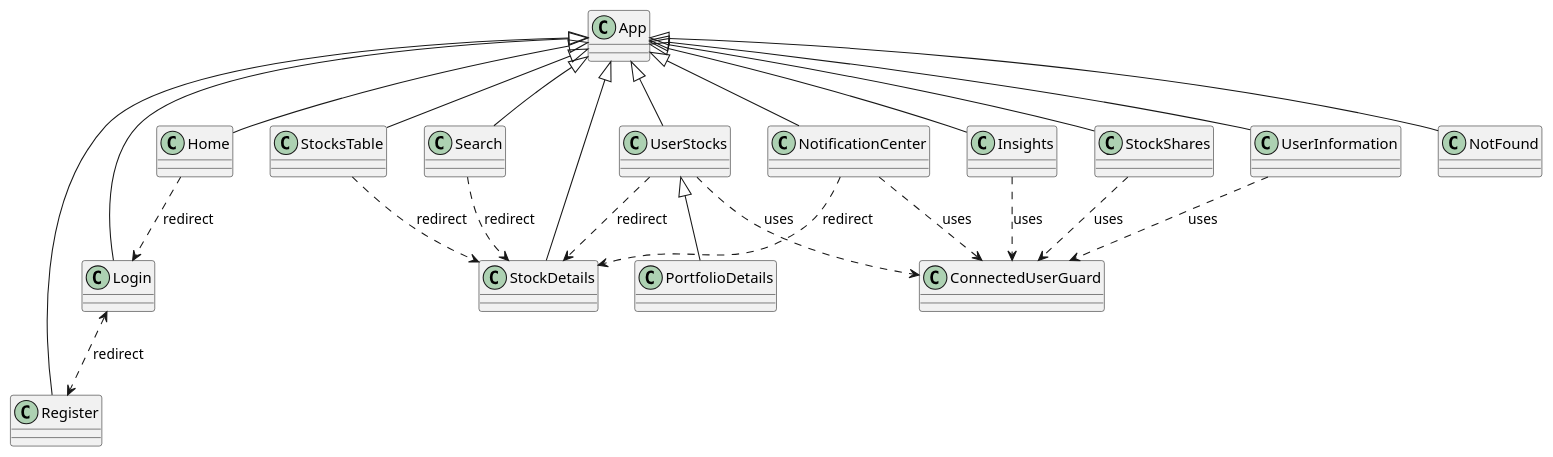
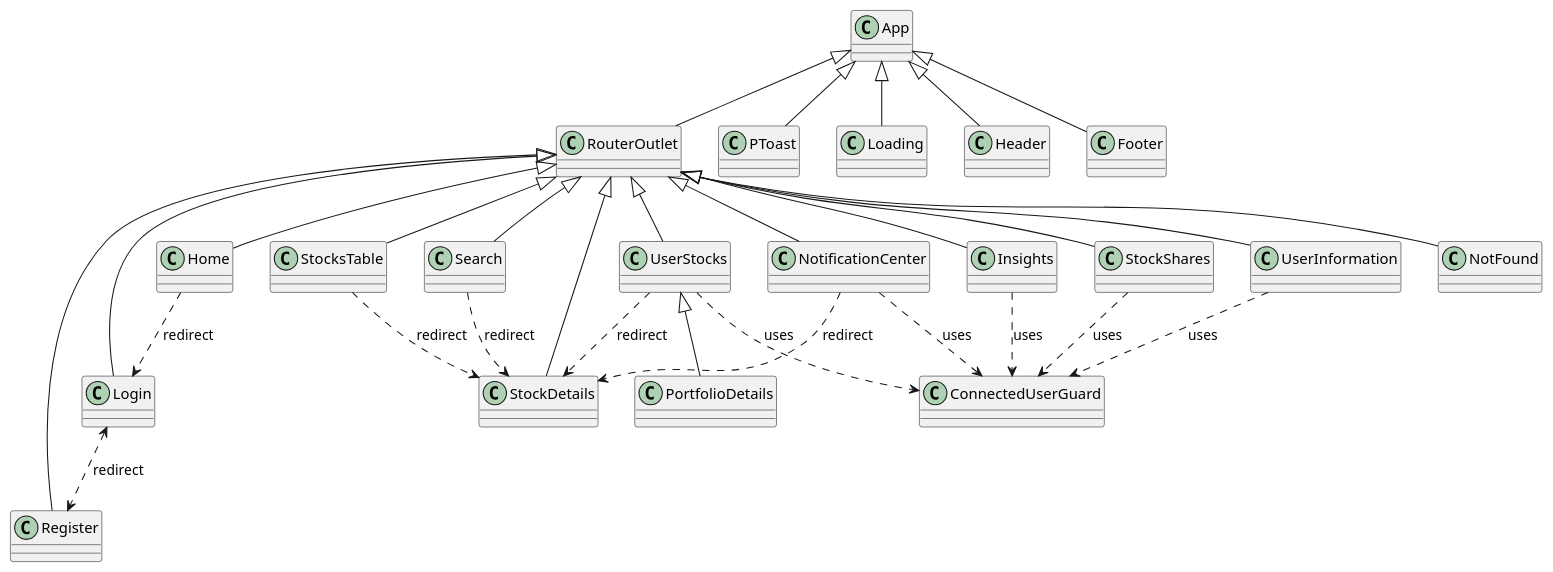
Before and after one commit to roei910/my-stocks: the diagram in oop course/draws/class diagrams/frontend-classes.puml, drawn with PlantUML. The commit also changed 4 other files, not shown here.

```diff
--- a/oop course/draws/class diagrams/frontend-classes.puml
+++ b/oop course/draws/class diagrams/frontend-classes.puml
@@ -1,46 +1,59 @@
 @startuml
 class App
+
+class RouterOutlet
+class PToast
+class Loading
+class Header
+class Footer
+
 class Home
 class Search
 class NotFound
 class Insights
 class Login
 class NotificationCenter
 class PortfolioDetails
 class Register
 class StockDetails
 class StockShares
 class StocksTable
 class UserInformation
 class UserStocks
 class ConnectedUserGuard
 
-App <|-- Home
-App <|-- Login
-App <|-- Register
-App <|-- Search
-App <|-- StockDetails
-App <|-- StocksTable
-App <|-- Insights
-App <|-- NotificationCenter
-App <|-- UserStocks
-App <|-- StockShares
-App <|-- UserInformation
-App <|-- NotFound
+App <|-- RouterOutlet
+App <|-- PToast
+App <|-- Loading
+App <|-- Header
+App <|-- Footer
+
+RouterOutlet <|-- Home
+RouterOutlet <|-- Login
+RouterOutlet <|-- Register
+RouterOutlet <|-- Search
+RouterOutlet <|-- StockDetails
+RouterOutlet <|-- StocksTable
+RouterOutlet <|-- Insights
+RouterOutlet <|-- NotificationCenter
+RouterOutlet <|-- UserStocks
+RouterOutlet <|-- StockShares
+RouterOutlet <|-- UserInformation
+RouterOutlet <|-- NotFound
 
 UserStocks <|-- PortfolioDetails
 
 Insights ..> ConnectedUserGuard : uses
 StockShares ..> ConnectedUserGuard : uses
 UserStocks ..> ConnectedUserGuard : uses
 NotificationCenter ..> ConnectedUserGuard : uses
 UserInformation ..> ConnectedUserGuard : uses
 
 Home ..> Login : redirect
 Login <..> Register : redirect
 Search ..> StockDetails : redirect
 NotificationCenter ..> StockDetails : redirect
 UserStocks ..> StockDetails : redirect
 StocksTable ..> StockDetails : redirect
 
 @enduml
```
